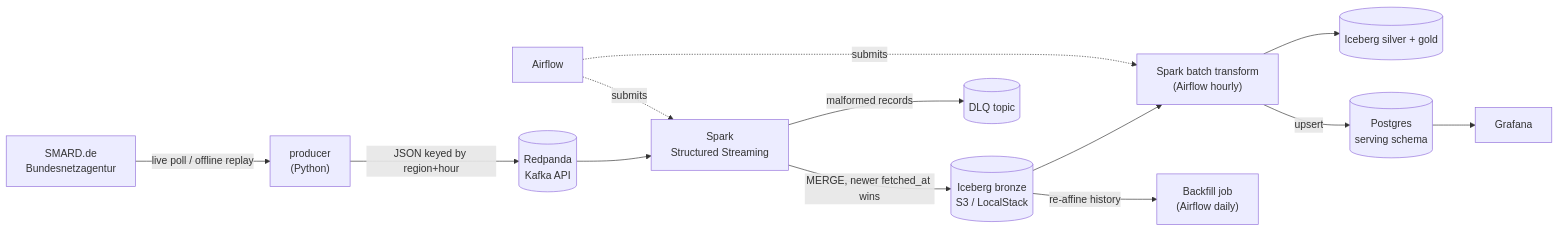
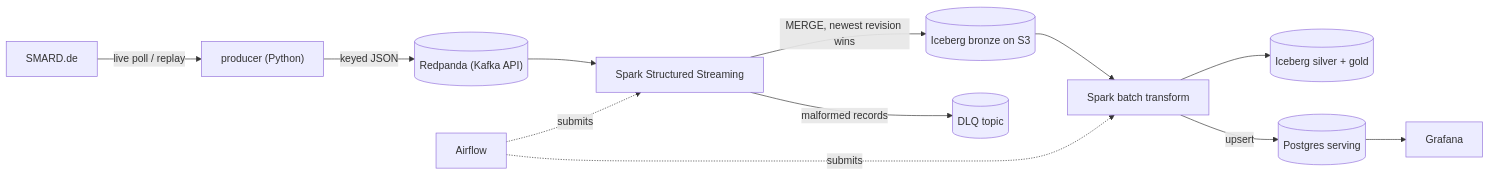
Before and after one commit to kaeldrin-gh/de-energy-streaming: the diagram in README.md, drawn with Mermaid. The commit also changed other lines of this file and 2 other files, not shown here.

Commit message:
Tighten README for a non-technical data audience; move Spark screenshot to the runbook

````diff
--- a/README.md
+++ b/README.md
@@ -38,15 +19,14 @@
 ```mermaid
 flowchart LR
-    SMARD["SMARD.de<br/>Bundesnetzagentur"] -->|live poll / offline replay| P["producer<br/>(Python)"]
-    P -->|"JSON keyed by region+hour"| K[("Redpanda<br/>Kafka API")]
-    K --> S["Spark<br/>Structured Streaming"]
-    S -->|"MERGE, newer fetched_at wins"| B[("Iceberg bronze<br/>S3 / LocalStack")]
+    SMARD["SMARD.de"] -->|live poll / replay| P["producer (Python)"]
+    P -->|keyed JSON| K[("Redpanda (Kafka API)")]
+    K --> S["Spark Structured Streaming"]
+    S -->|"MERGE, newest revision wins"| B[("Iceberg bronze on S3")]
     S -->|malformed records| D[("DLQ topic")]
-    B --> T["Spark batch transform<br/>(Airflow hourly)"]
+    B --> T["Spark batch transform"]
     T --> SI[("Iceberg silver + gold")]
-    T -->|upsert| PG[("Postgres<br/>serving schema")]
+    T -->|upsert| PG[("Postgres serving")]
     PG --> G["Grafana"]
     A["Airflow"] -. submits .-> S
     A -. submits .-> T
-    B -->|"re-affine history"| BF["Backfill job<br/>(Airflow daily)"]
 ```
````
